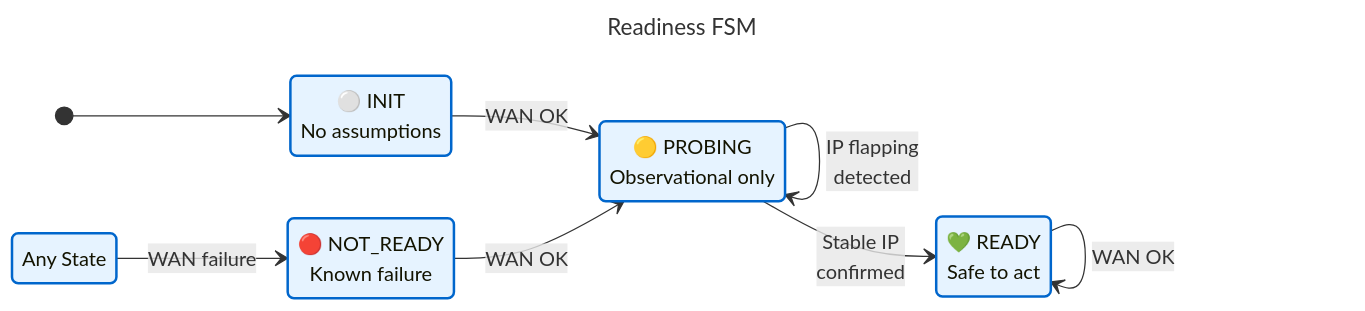
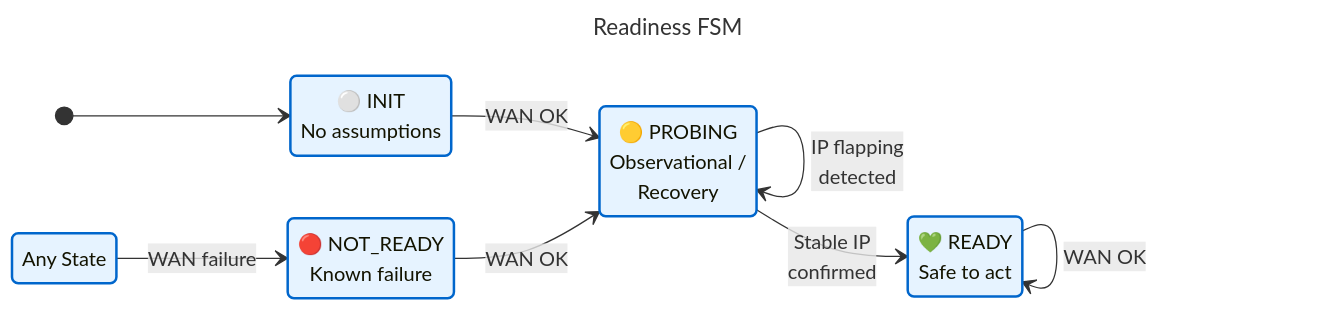
One commit to bkaewell/cloudflare-verified-ddns changed the second of 3 diagrams in docs/CONTROL_LOOP.md. Above: the diagram before and after it, drawn with Mermaid. The commit also changed other lines of this file, not shown here.

Commit message:
Add horizontal rules between mermaid diagrams

````diff
--- a/docs/CONTROL_LOOP.md
+++ b/docs/CONTROL_LOOP.md
@@ -55,34 +55,34 @@
 ```mermaid
 ---
 title: Readiness FSM
 config:
    look: classic
    theme: 'default'
 ---
 stateDiagram-v2
     direction LR
 
-    INIT: ⚪ INIT<br/>No assumptions
-    PROBING: 🟡 PROBING<br/>Observational only
-    READY: 💚 READY<br/>Safe to act
-    NOT_READY: 🔴 NOT_READY<br/>Known failure
+    INIT: ⚪ INIT<br>No assumptions
+    PROBING: 🟡 PROBING<br>Observational /<br>Recovery
+    READY: 💚 READY<br>Safe to act
+    NOT_READY: 🔴 NOT_READY<br>Known failure
 
     [*] --> INIT
 
     INIT --> PROBING : WAN OK
     NOT_READY --> PROBING : WAN OK
 
-    PROBING --> READY : Stable IP<br/>confirmed
-    PROBING --> PROBING : IP flapping<br/>detected
+    PROBING --> READY : Stable IP<br>confirmed
+    PROBING --> PROBING : IP flapping<br>detected
 
     READY --> READY : WAN OK
 
     %% Global failure invariant
     state "Any State" as ANY
     ANY --> NOT_READY : WAN failure
 
     %% Visual highlights
     classDef all fill:#e6f3ff,stroke:#0066cc,stroke-width:2px
 
     class ANY,INIT,PROBING,READY,NOT_READY all
 ```
````
